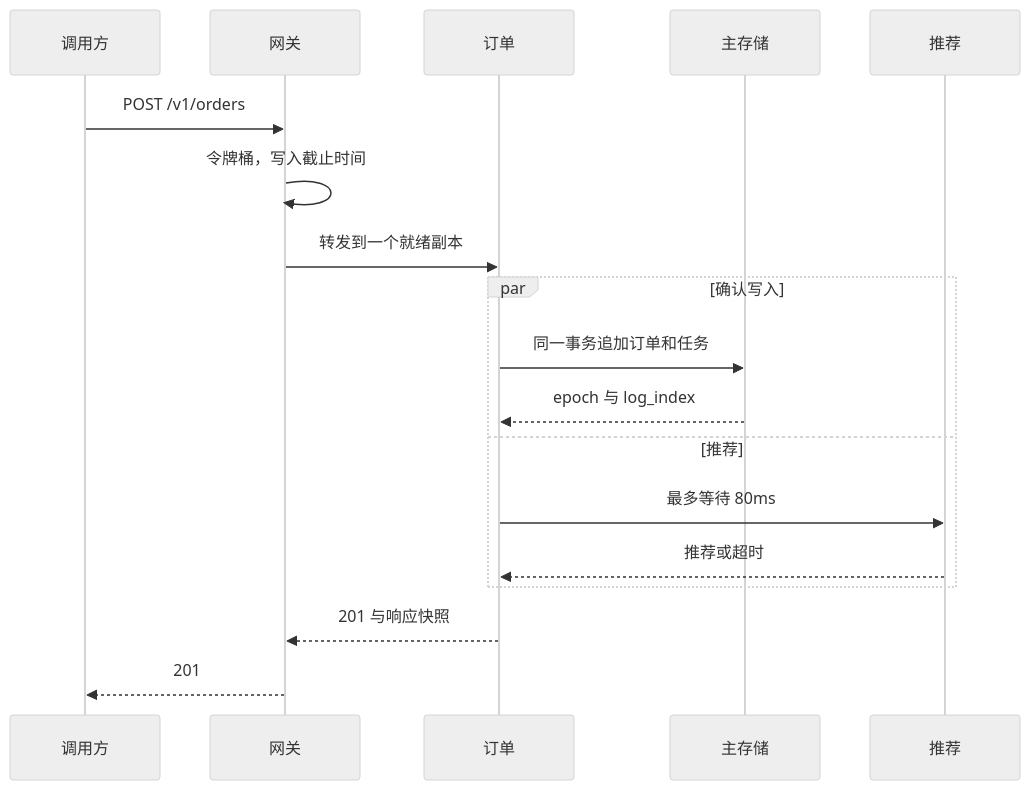
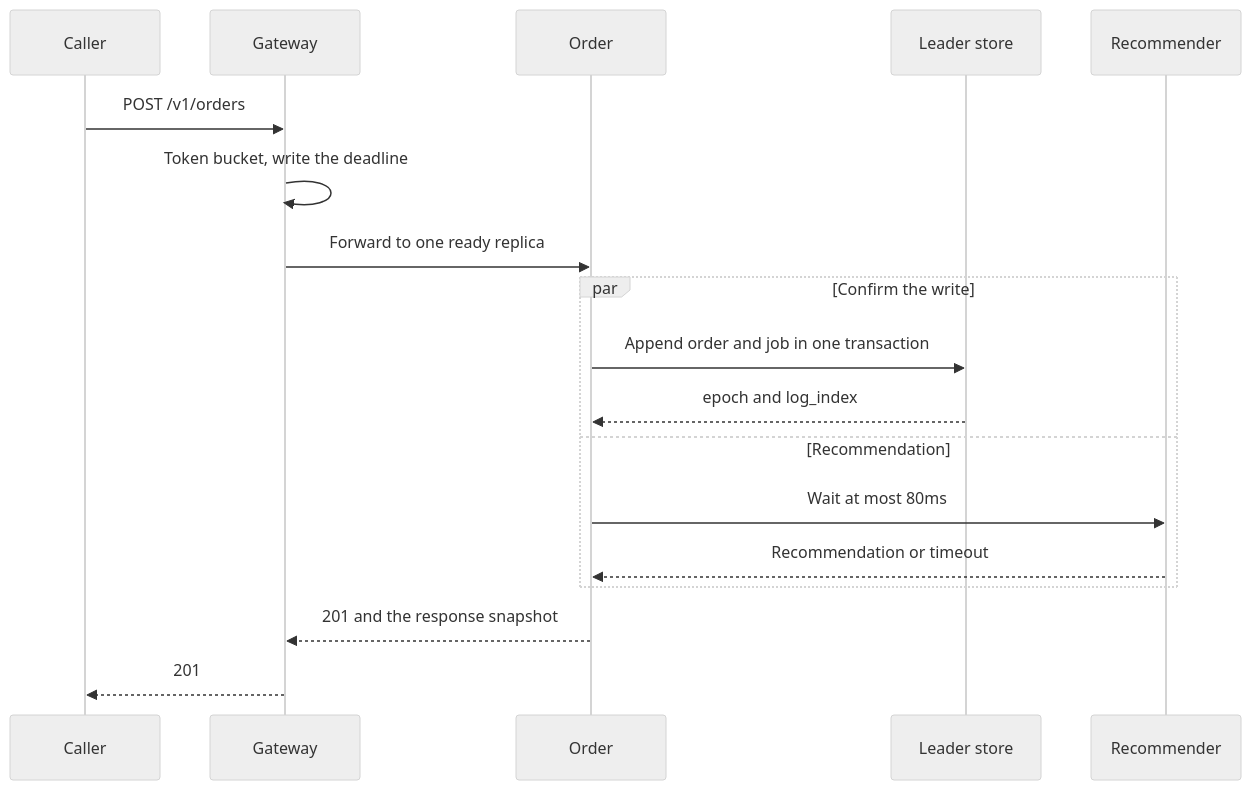
The third of 8 diagrams in docs/architecture.md (iamorangedad/OrangeDistributedSystem), drawn with Mermaid (neutral theme) before and after one commit. The commit also changed other lines of this file and 52 other files, not shown here.

````diff
--- a/docs/architecture.md
+++ b/docs/architecture.md
@@ -75,20 +75,20 @@
 ```mermaid
 sequenceDiagram
-  participant C as 调用方
-  participant G as 网关
-  participant O as 订单
-  participant S as 主存储
-  participant R as 推荐
+  participant C as Caller
+  participant G as Gateway
+  participant O as Order
+  participant S as Leader store
+  participant R as Recommender
   C->>G: POST /v1/orders
-  G->>G: 令牌桶，写入截止时间
-  G->>O: 转发到一个就绪副本
-  par 确认写入
-    O->>S: 同一事务追加订单和任务
-    S-->>O: epoch 与 log_index
-  and 推荐
-    O->>R: 最多等待 80ms
-    R-->>O: 推荐或超时
+  G->>G: Token bucket, write the deadline
+  G->>O: Forward to one ready replica
+  par Confirm the write
+    O->>S: Append order and job in one transaction
+    S-->>O: epoch and log_index
+  and Recommendation
+    O->>R: Wait at most 80ms
+    R-->>O: Recommendation or timeout
   end
-  O-->>G: 201 与响应快照
+  O-->>G: 201 and the response snapshot
   G-->>C: 201
 ```
````
